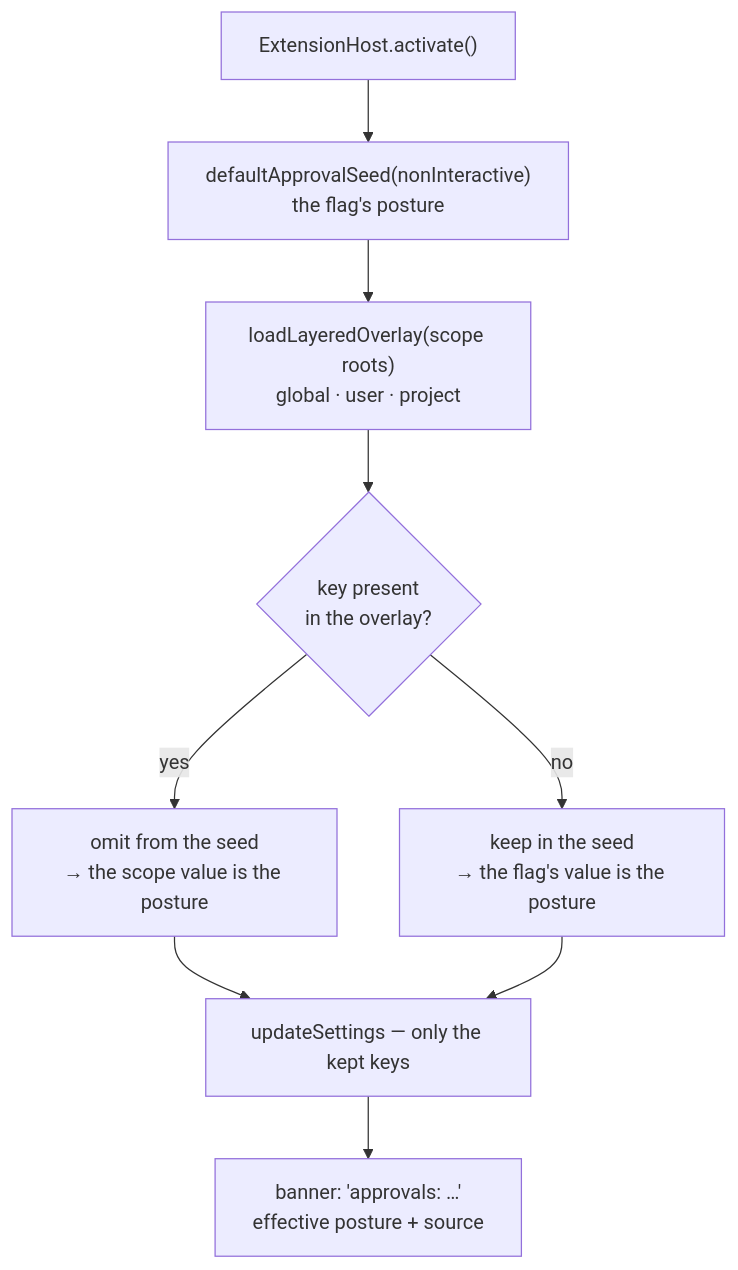
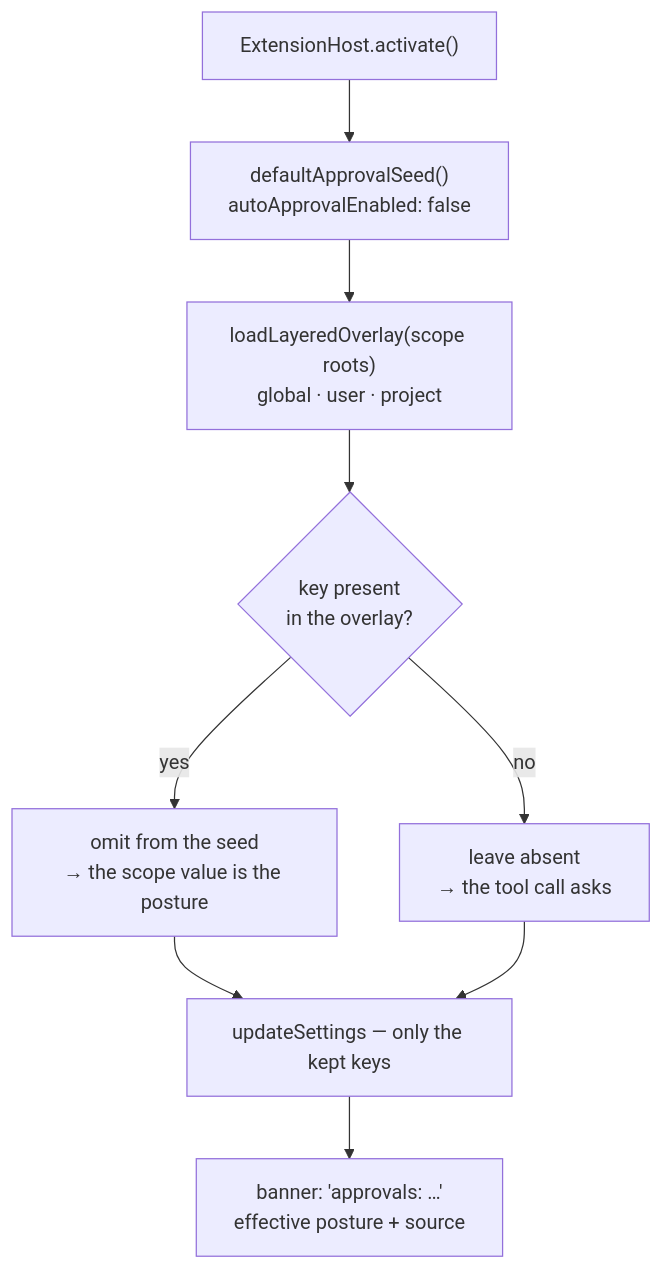
One commit to shofer-dev/shofer changed the third of 3 diagrams in docs/configuration.md. Above: the diagram before and after it, drawn with Mermaid. The commit also changed other lines of this file and 11 other files, not shown here.

````diff
--- a/docs/configuration.md
+++ b/docs/configuration.md
@@ -243,11 +257,11 @@
 ```mermaid
 flowchart TD
-    START["ExtensionHost.activate()"] --> SEED["defaultApprovalSeed(nonInteractive)<br/>the flag's posture"]
+    START["ExtensionHost.activate()"] --> SEED["defaultApprovalSeed()<br/>autoApprovalEnabled: false"]
     SEED --> READ["loadLayeredOverlay(scope roots)<br/>global · user · project"]
     READ --> Q{"key present<br/>in the overlay?"}
     Q -->|yes| OMIT["omit from the seed<br/>→ the scope value is the posture"]
-    Q -->|no| KEEP["keep in the seed<br/>→ the flag's value is the posture"]
+    Q -->|no| KEEP["leave absent<br/>→ the tool call asks"]
     OMIT --> SEND["updateSettings — only the kept keys"]
     KEEP --> SEND
     SEND --> BANNER["banner: 'approvals: …'<br/>effective posture + source"]
 ```
````
